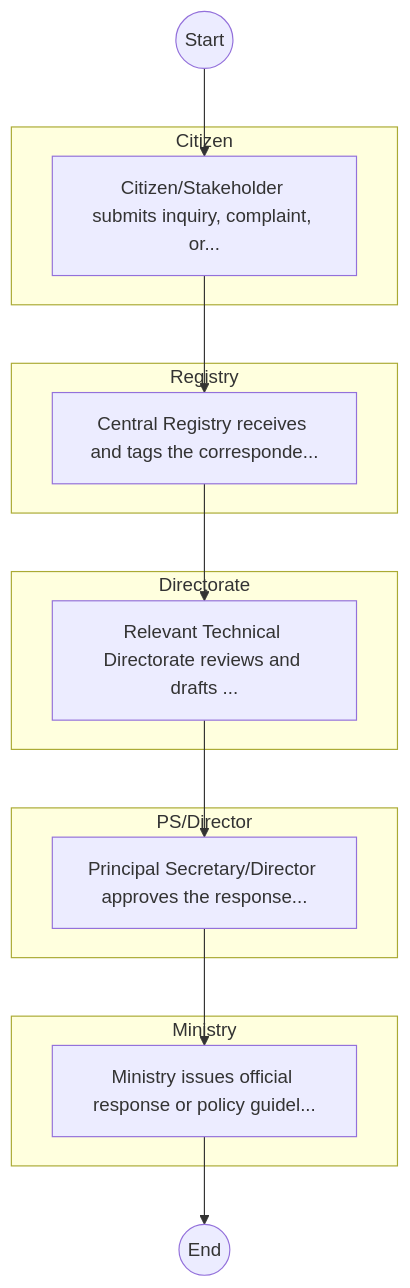
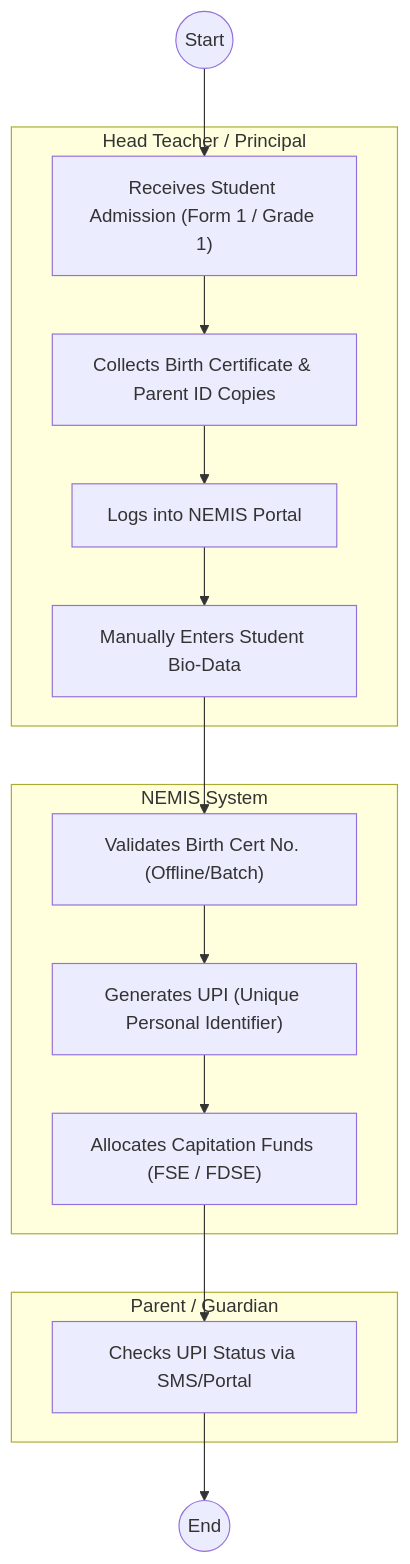
Before and after one commit to BITZ-IT-Consulting-LTD/ictapoc: the first of 2 diagrams in mdas/docs_final/Ministry_of_Education___Service_Delivery.md, drawn with Mermaid. The commit also changed other lines of this file and 60 other files, not shown here.

````diff
--- a/mdas/docs_final/Ministry_of_Education___Service_Delivery.md
+++ b/mdas/docs_final/Ministry_of_Education___Service_Delivery.md
@@ -20,24 +20,27 @@
 ```mermaid
 graph TD
     Start((Start)) --> S1
-    subgraph Citizen [Citizen]
-        S1["Citizen/Stakeholder submits inquiry, complaint, or..."]
+    subgraph School [Head Teacher / Principal]
+        S1["Receives Student Admission (Form 1 / Grade 1)"]
+        S2["Collects Birth Certificate & Parent ID Copies"]
+        S3["Logs into NEMIS Portal"]
+        S4["Manually Enters Student Bio-Data"]
     end
-    subgraph Registry [Registry]
-        S2["Central Registry receives and tags the corresponde..."]
+    subgraph NEMIS [NEMIS System]
+        S5["Validates Birth Cert No. (Offline/Batch)"]
+        S6["Generates UPI (Unique Personal Identifier)"]
+        S7["Allocates Capitation Funds (FSE / FDSE)"]
     end
-    subgraph Directorate [Directorate]
-        S3["Relevant Technical Directorate reviews and drafts ..."]
+    subgraph Parent [Parent / Guardian]
+        S8["Checks UPI Status via SMS/Portal"]
     end
-    subgraph PSDirector [PS/Director]
-        S4["Principal Secretary/Director approves the response..."]
-    end
-    subgraph Ministry [Ministry]
-        S5["Ministry issues official response or policy guidel..."]
-    end
+    
     S1 --> S2
     S2 --> S3
     S3 --> S4
     S4 --> S5
-    S5 --> End((End))
+    S5 --> S6
+    S6 --> S7
+    S7 --> S8
+    S8 --> End((End))
 ```
````
